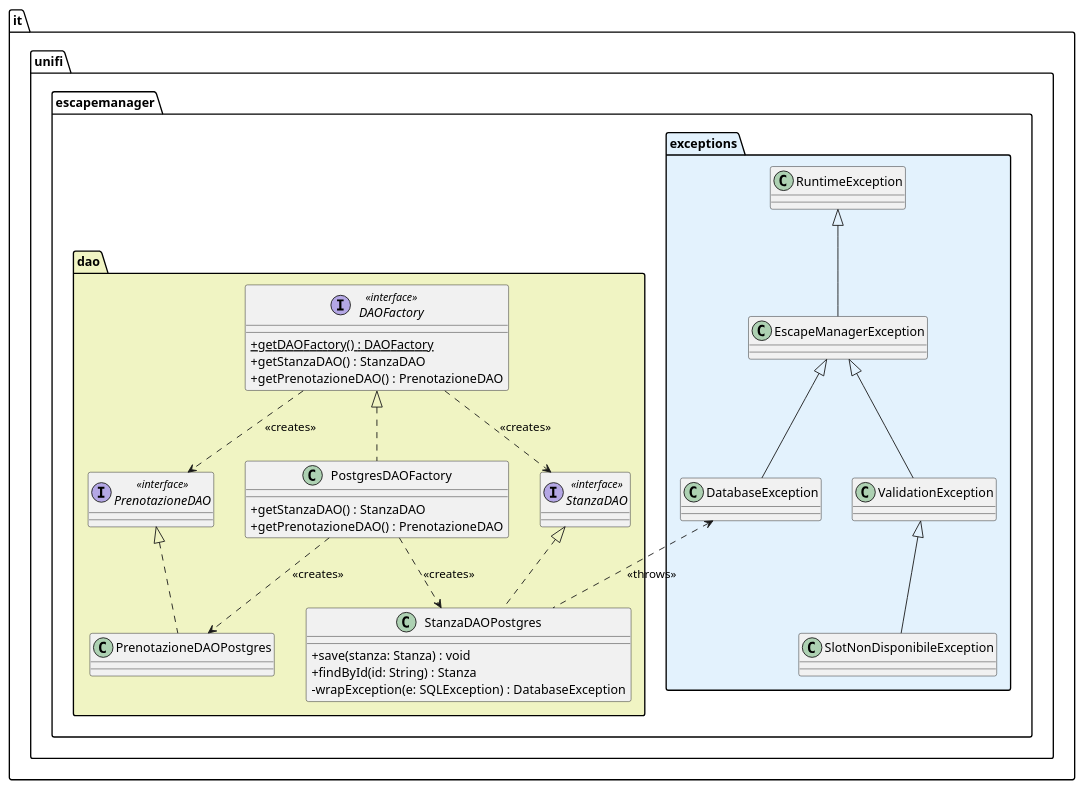
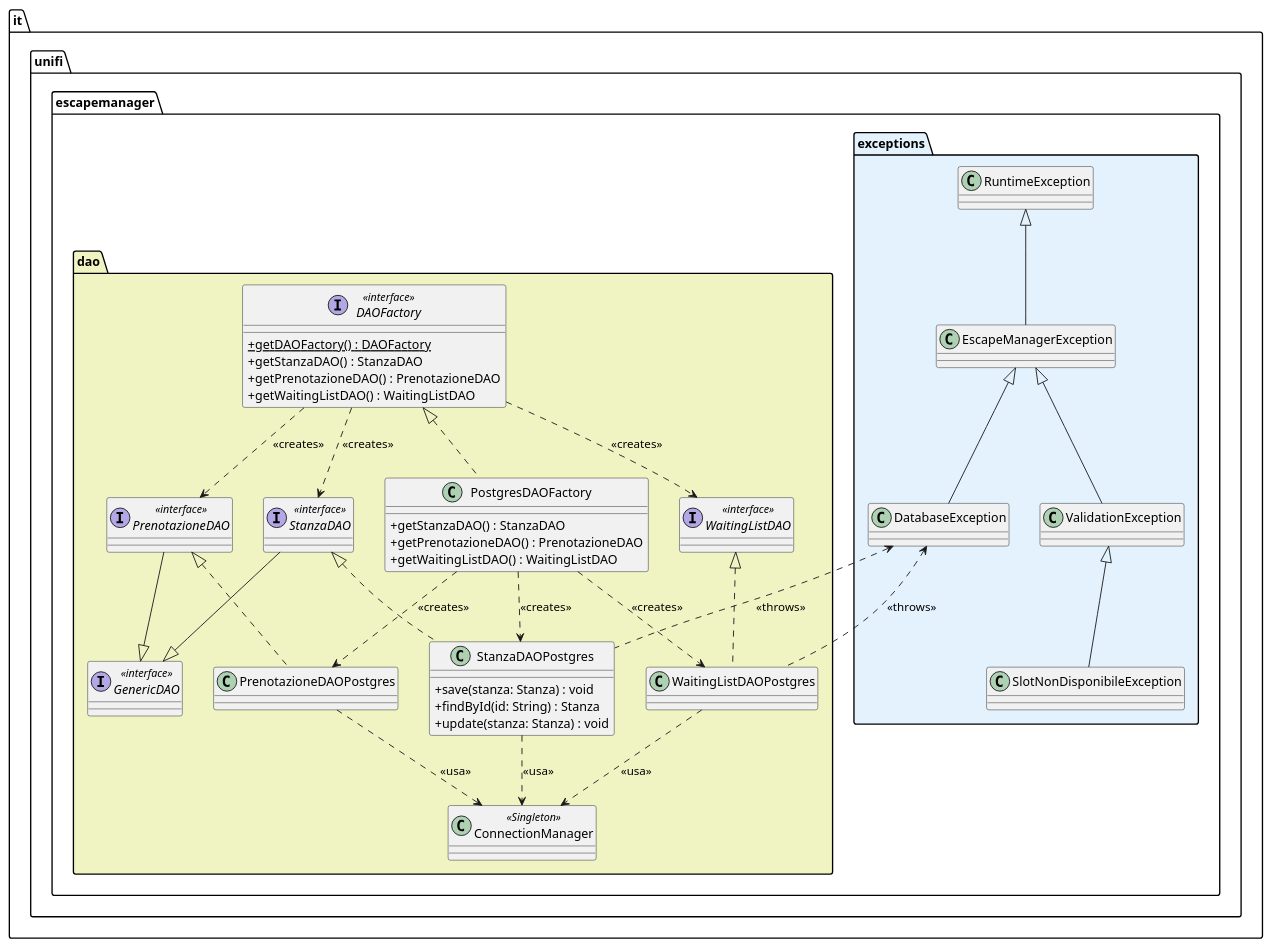
One commit to Adrycasta04/EscapeManager changed the diagram in docs/UML/class_diagram_persistence.puml. Above: the diagram before and after it, drawn with PlantUML. The commit also changed 39 other files, not shown here.

First line of the commit message:
Add UML diagrams, database configuration example, and TariffeController tests

```diff
--- a/docs/UML/class_diagram_persistence.puml
+++ b/docs/UML/class_diagram_persistence.puml
@@ -1,45 +1,61 @@
 @startuml class_diagram_persistence
 skinparam classAttributeIconSize 0
 
 package "it.unifi.escapemanager.exceptions" #E3F2FD {
     class EscapeManagerException extends RuntimeException
     
     class DatabaseException extends EscapeManagerException
     
     class ValidationException extends EscapeManagerException
     
     class SlotNonDisponibileException extends ValidationException
 }
 
 package "it.unifi.escapemanager.dao" #F0F4C3 {
     interface DAOFactory <<interface>> {
         + {static} getDAOFactory() : DAOFactory
         + getStanzaDAO() : StanzaDAO
         + getPrenotazioneDAO() : PrenotazioneDAO
+        + getWaitingListDAO() : WaitingListDAO
     }
     
     class PostgresDAOFactory implements DAOFactory {
         + getStanzaDAO() : StanzaDAO
         + getPrenotazioneDAO() : PrenotazioneDAO
+        + getWaitingListDAO() : WaitingListDAO
     }
 
+    interface GenericDAO <<interface>>
     interface StanzaDAO <<interface>>
     interface PrenotazioneDAO <<interface>>
+    interface WaitingListDAO <<interface>>
+    class ConnectionManager <<Singleton>>
 
     class StanzaDAOPostgres implements StanzaDAO {
         + save(stanza: Stanza) : void
         + findById(id: String) : Stanza
-        - wrapException(e: SQLException) : DatabaseException
+        + update(stanza: Stanza) : void
     }
     
     class PrenotazioneDAOPostgres implements PrenotazioneDAO
+    class WaitingListDAOPostgres implements WaitingListDAO
 
     DAOFactory .down.> StanzaDAO : <<creates>>
     DAOFactory .down.> PrenotazioneDAO : <<creates>>
+    DAOFactory .down.> WaitingListDAO : <<creates>>
     
     PostgresDAOFactory .down.> StanzaDAOPostgres : <<creates>>
     PostgresDAOFactory .down.> PrenotazioneDAOPostgres : <<creates>>
+    PostgresDAOFactory .down.> WaitingListDAOPostgres : <<creates>>
     
     StanzaDAOPostgres .up.> DatabaseException : <<throws>>
+    WaitingListDAOPostgres .up.> DatabaseException : <<throws>>
+
+    StanzaDAO --|> GenericDAO
+    PrenotazioneDAO --|> GenericDAO
+
+    StanzaDAOPostgres ..> ConnectionManager : <<usa>>
+    PrenotazioneDAOPostgres ..> ConnectionManager : <<usa>>
+    WaitingListDAOPostgres ..> ConnectionManager : <<usa>>
 }
 @enduml
```
